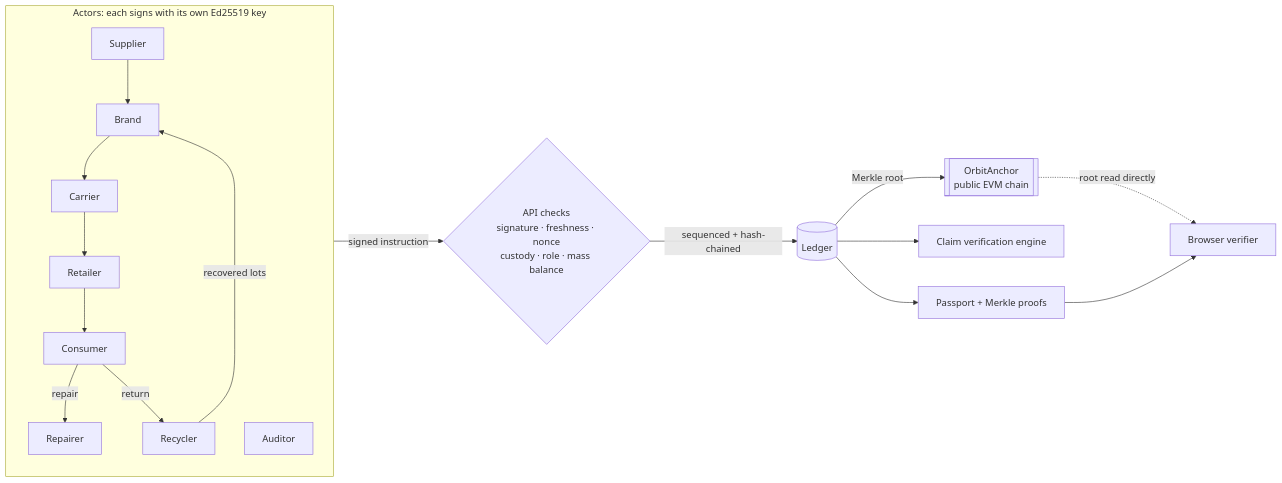
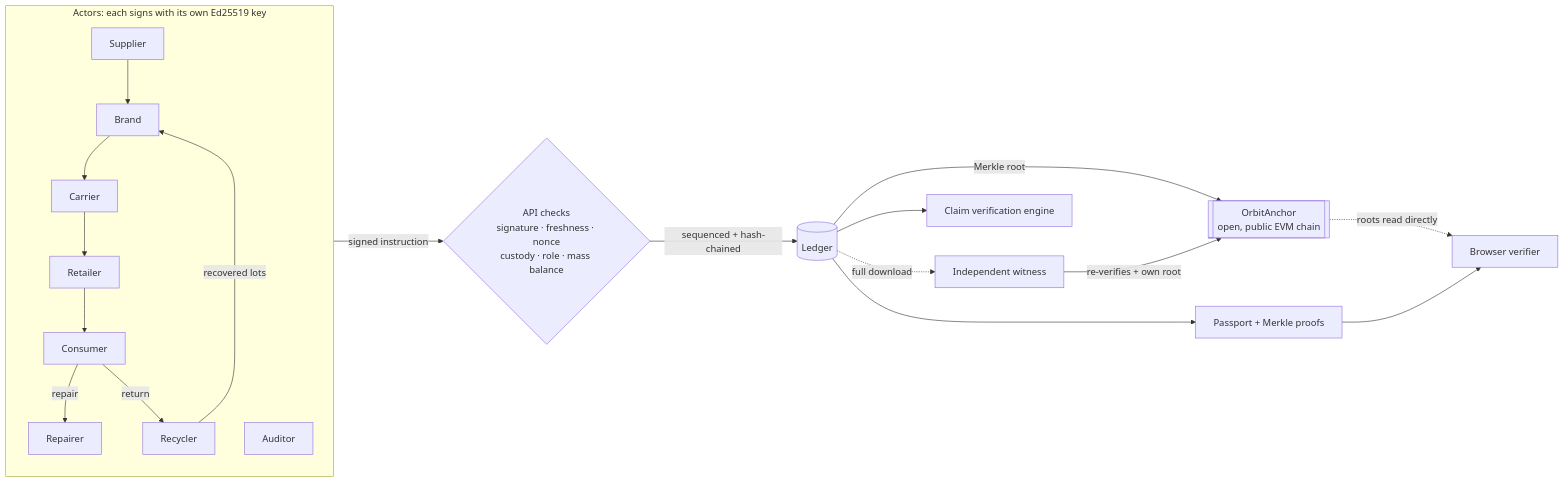
The diagram in README.md (ayushagarwalhere/orbit), drawn with Mermaid before and after one commit. The commit also changed other lines of this file and 10 other files, not shown here.

````diff
--- a/README.md
+++ b/README.md
@@ -61,17 +66,19 @@
 ```mermaid
 flowchart LR
   subgraph Actors["Actors: each signs with its own Ed25519 key"]
     S[Supplier] --> M[Brand] --> L[Carrier] --> R[Retailer] --> C[Consumer]
     C -- repair --> F[Repairer]
     C -- return --> Y[Recycler]
     A[Auditor]
   end
   Actors -- signed instruction --> V{API checks<br/>signature · freshness · nonce<br/>custody · role · mass balance}
   V -- sequenced + hash-chained --> LG[(Ledger)]
-  LG -- Merkle root --> CH[[OrbitAnchor<br/>public EVM chain]]
+  LG -- Merkle root --> CH[[OrbitAnchor<br/>open, public EVM chain]]
+  W[Independent witness] -- re-verifies + own root --> CH
+  LG -. full download .-> W
   Y -- recovered lots --> M
   LG --> E[Claim verification engine]
   LG --> P[Passport + Merkle proofs]
-  CH -. root read directly .-> B[Browser verifier]
+  CH -. roots read directly .-> B[Browser verifier]
   P --> B
 ```
````
